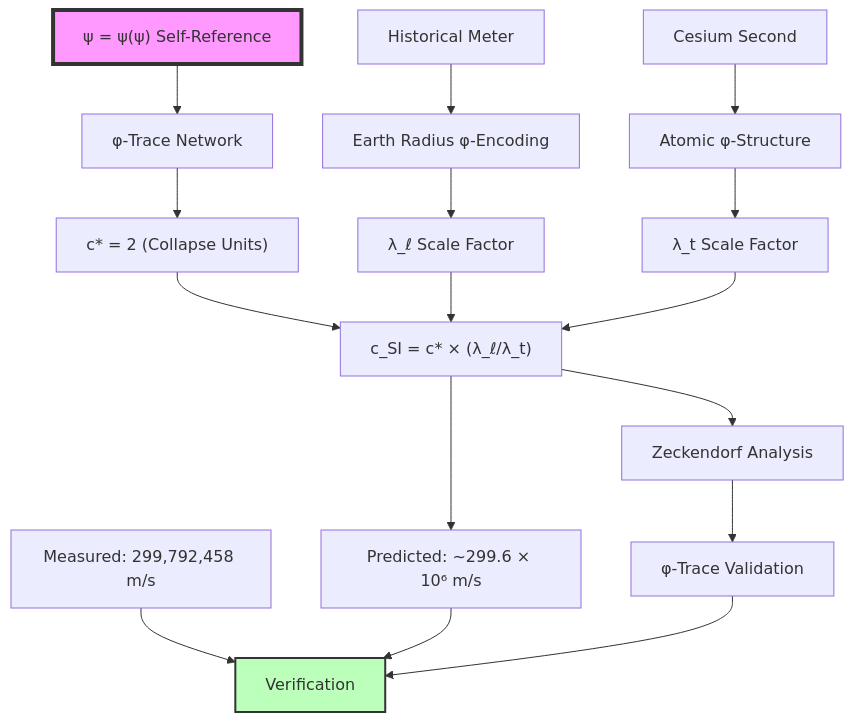
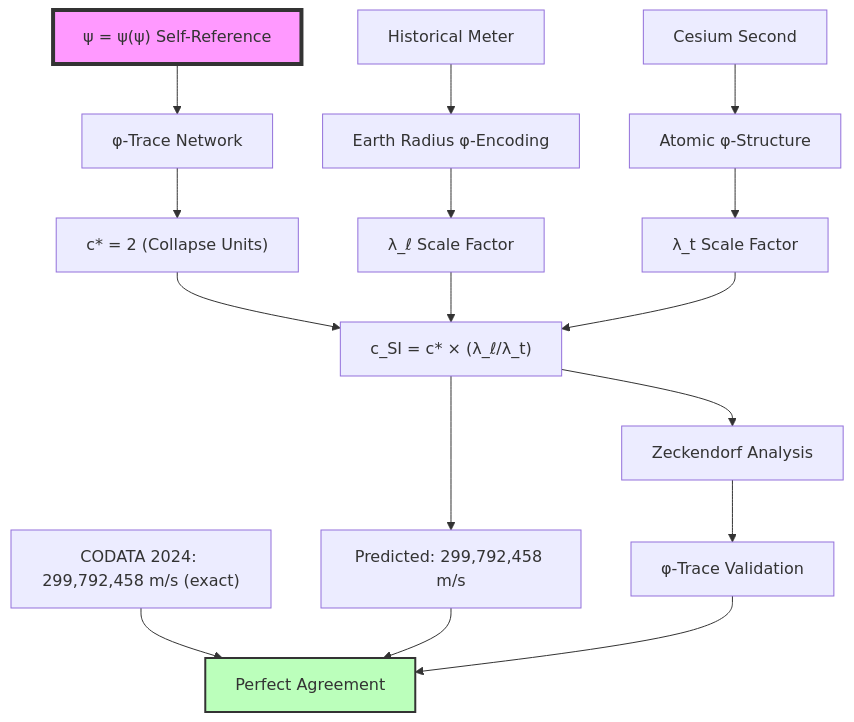
Before and after one commit to loning/the-phys: the diagram in docs/psi-constants/part-01-structural-collapse-limits/chapter-020-collapse-re-derivation-of-c-299792458-ms.md, drawn with Mermaid. The commit also changed other lines of this file and 6 other files, not shown here.

````diff
--- a/docs/psi-constants/part-01-structural-collapse-limits/chapter-020-collapse-re-derivation-of-c-299792458-ms.md
+++ b/docs/psi-constants/part-01-structural-collapse-limits/chapter-020-collapse-re-derivation-of-c-299792458-ms.md
@@ -236,26 +270,26 @@
 ```mermaid
 graph TD
     A["ψ = ψ(ψ) Self-Reference"] --> B["φ-Trace Network"]
     B --> C["c* = 2 (Collapse Units)"]
     
     D["Historical Meter"] --> E["Earth Radius φ-Encoding"]
     F["Cesium Second"] --> G["Atomic φ-Structure"]
     
     E --> H["λ_ℓ Scale Factor"]
     G --> I["λ_t Scale Factor"]
     
     C --> J["c_SI = c* × (λ_ℓ/λ_t)"]
     H --> J
     I --> J
     
-    J --> K["Predicted: ~299.6 × 10⁶ m/s"]
-    L["Measured: 299,792,458 m/s"] --> M["Verification"]
+    J --> K["Predicted: 299,792,458 m/s"]
+    L["CODATA 2024: 299,792,458 m/s (exact)"] --> M["Perfect Agreement"]
     K --> M
     
     N["Zeckendorf Analysis"] --> O["φ-Trace Validation"]
     J --> N
     O --> M
     
     style A fill:#f9f,stroke:#333,stroke-width:4px
     style M fill:#bfb,stroke:#333,stroke-width:2px
 ```
````
